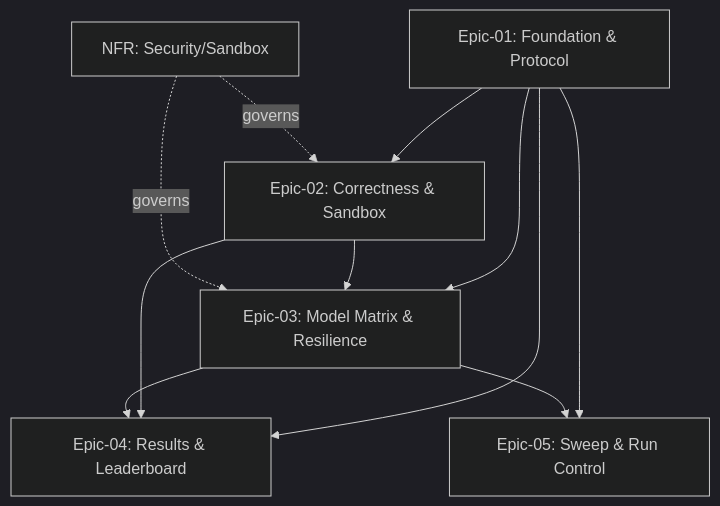
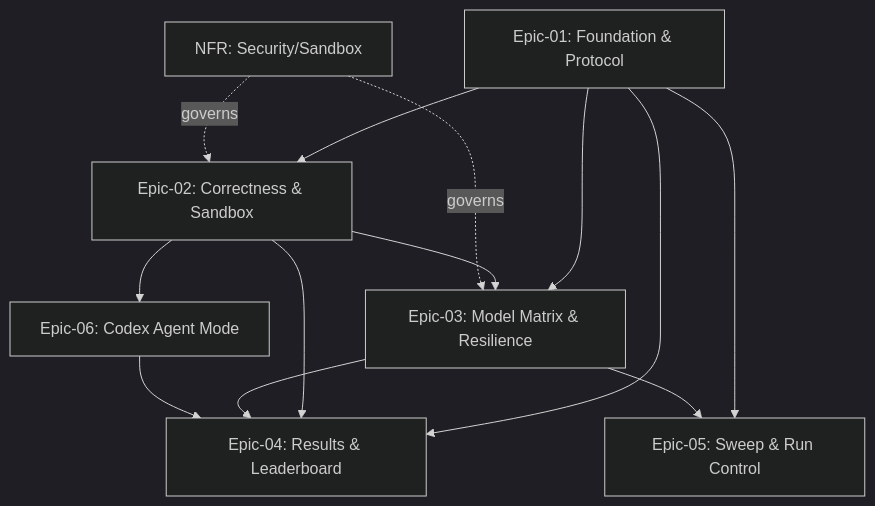
Before and after one commit to fxmartin/local-code-bench: the diagram in docs/STORIES.md, drawn with Mermaid (dark theme). The commit also changed other lines of this file and 16 other files, not shown here.

````diff
--- a/docs/STORIES.md
+++ b/docs/STORIES.md
@@ -71,13 +73,15 @@
 ```mermaid
 graph TD
     E01[Epic-01: Foundation & Protocol] --> E02[Epic-02: Correctness & Sandbox]
     E01 --> E03[Epic-03: Model Matrix & Resilience]
     E02 --> E03
     E01 --> E04[Epic-04: Results & Leaderboard]
     E02 --> E04
     E03 --> E04
+    E02 --> E06[Epic-06: Codex Agent Mode]
+    E06 --> E04
     E01 --> E05[Epic-05: Sweep & Run Control]
     E03 --> E05
     NFR[NFR: Security/Sandbox] -.governs.-> E02
     NFR -.governs.-> E03
 ```
````
